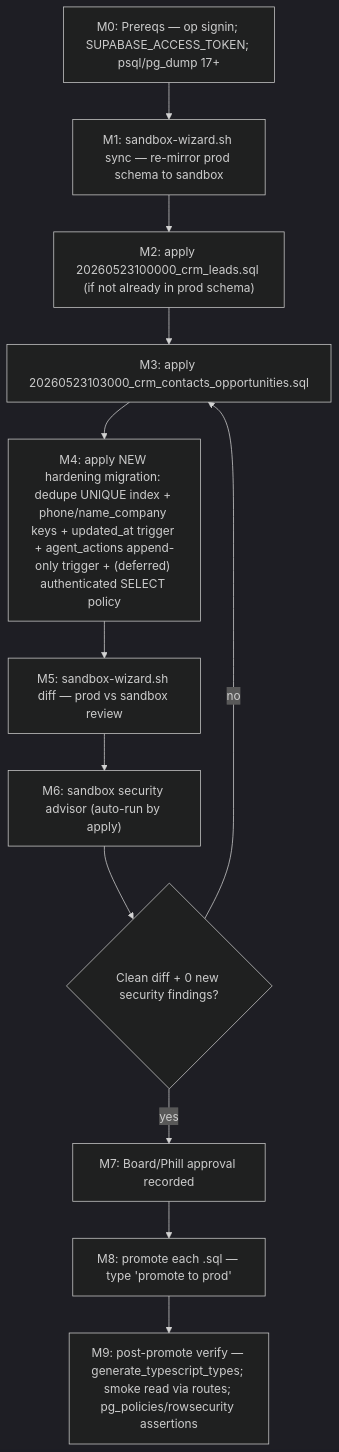
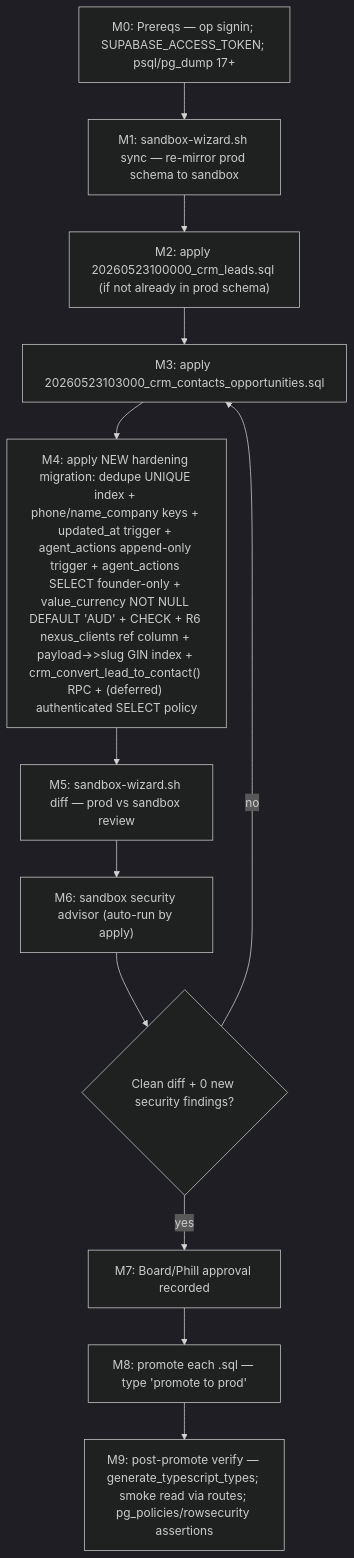
Before and after one commit to CleanExpo/Unite-Group: the second of 2 diagrams in docs/spec/data-model-erd.md, drawn with Mermaid (dark theme). The commit also changed other lines of this file and 1 other file, not shown here.

````diff
--- a/docs/spec/data-model-erd.md
+++ b/docs/spec/data-model-erd.md
@@ -197,14 +211,14 @@
 ```mermaid
 flowchart TD
     A["M0: Prereqs — op signin; SUPABASE_ACCESS_TOKEN; psql/pg_dump 17+"] --> B["M1: sandbox-wizard.sh sync — re-mirror prod schema to sandbox"]
     B --> C["M2: apply 20260523100000_crm_leads.sql (if not already in prod schema)"]
     C --> D["M3: apply 20260523103000_crm_contacts_opportunities.sql"]
-    D --> E["M4: apply NEW hardening migration: dedupe UNIQUE index + phone/name_company keys + updated_at trigger + agent_actions append-only trigger + (deferred) authenticated SELECT policy"]
+    D --> E["M4: apply NEW hardening migration: dedupe UNIQUE index + phone/name_company keys + updated_at trigger + agent_actions append-only trigger + agent_actions SELECT founder-only + value_currency NOT NULL DEFAULT 'AUD' + CHECK + R6 nexus_clients ref column + payload->>slug GIN index + crm_convert_lead_to_contact() RPC + (deferred) authenticated SELECT policy"]
     E --> F["M5: sandbox-wizard.sh diff — prod vs sandbox review"]
     F --> G["M6: sandbox security advisor (auto-run by apply)"]
     G --> H{"Clean diff + 0 new security findings?"}
     H -->|no| D
     H -->|yes| I["M7: Board/Phill approval recorded"]
     I --> J["M8: promote each .sql — type 'promote to prod'"]
     J --> K["M9: post-promote verify — generate_typescript_types; smoke read via routes; pg_policies/rowsecurity assertions"]
 ```
````
